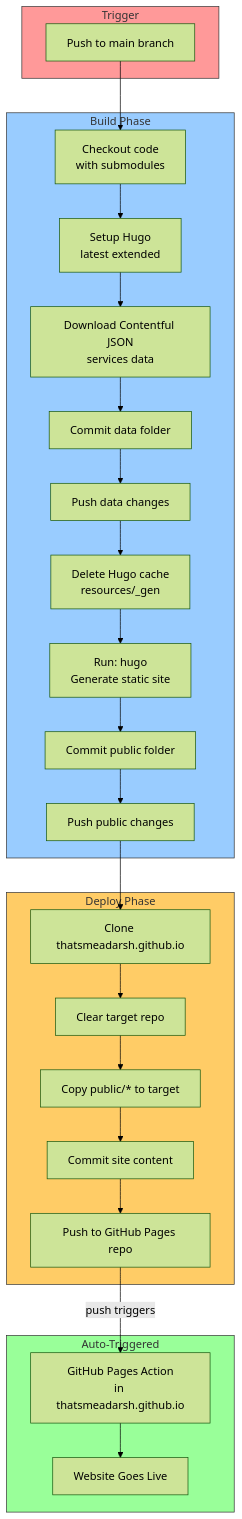
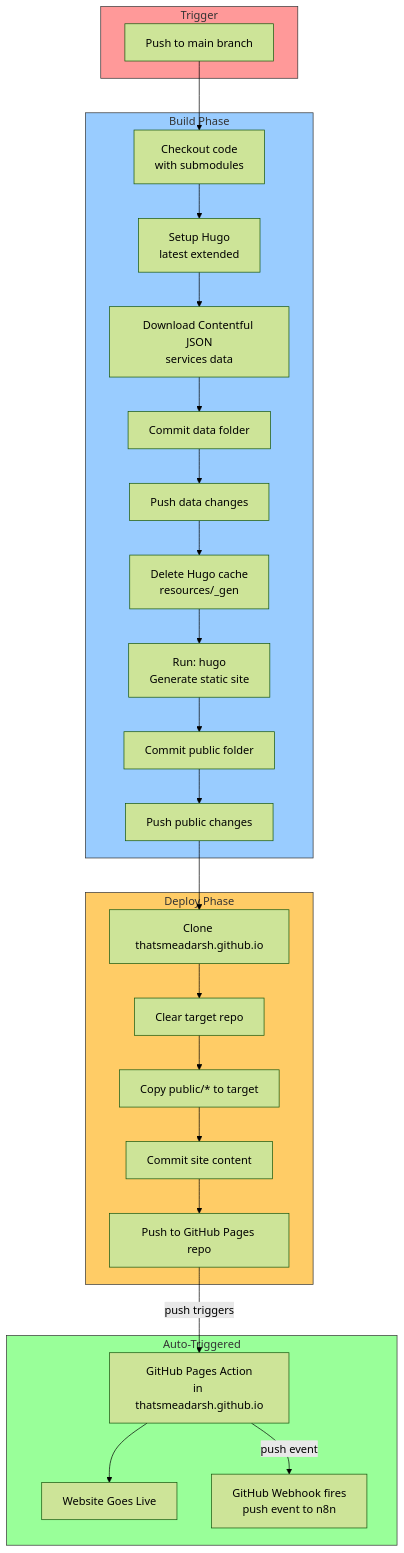
Before and after one commit to thatsmeadarsh/n8n-powered-auto-web-publish: the third of 8 diagrams in docs/architecture.md, drawn with Mermaid (forest theme). The commit also changed other lines of this file and 7 other files, not shown here.

First line of the commit message:
Replace fswatch watcher with GitHub webhook trigger in n8n

````diff
--- a/docs/architecture.md
+++ b/docs/architecture.md
@@ -150,41 +160,43 @@
 ```mermaid
 graph TD
     subgraph Trigger["Trigger"]
         T[Push to main branch]
     end
 
     subgraph Build["Build Phase"]
         CO[Checkout code<br/>with submodules]
         HS[Setup Hugo<br/>latest extended]
         DL[Download Contentful JSON<br/>services data]
         CD[Commit data folder]
         PD[Push data changes]
         RC[Delete Hugo cache<br/>resources/_gen]
         HB[Run: hugo<br/>Generate static site]
         CP[Commit public folder]
         PP[Push public changes]
     end
 
     subgraph Deploy["Deploy Phase"]
         CL[Clone thatsmeadarsh.github.io]
         RM[Clear target repo]
         CY[Copy public/* to target]
         CM[Commit site content]
         PS[Push to GitHub Pages repo]
     end
 
     subgraph Live["Auto-Triggered"]
         PA[GitHub Pages Action<br/>in thatsmeadarsh.github.io]
         WB[Website Goes Live]
+        WH[GitHub Webhook fires<br/>push event to n8n]
     end
 
     T --> CO --> HS --> DL --> CD --> PD
     PD --> RC --> HB --> CP --> PP
     PP --> CL --> RM --> CY --> CM --> PS
     PS -->|push triggers| PA --> WB
+    PA -->|push event| WH
 
     style Trigger fill:#ff9999,stroke:#333
     style Build fill:#99ccff,stroke:#333
     style Deploy fill:#ffcc66,stroke:#333
     style Live fill:#99ff99,stroke:#333
 ```
````
